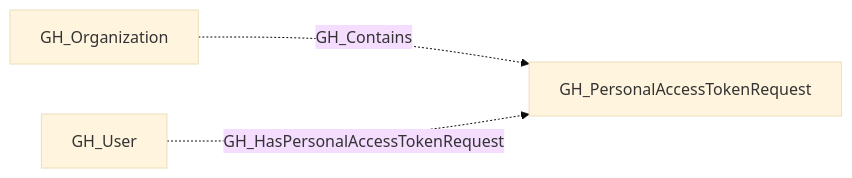
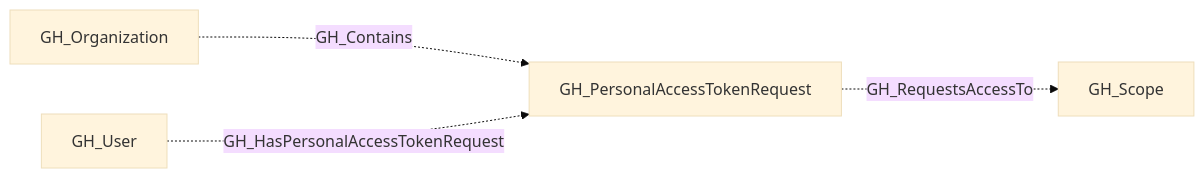
One commit to SpecterOps/openhound-github changed the diagram in descriptions/nodes/GH_PersonalAccessTokenRequest.md. Above: the diagram before and after it, drawn with Mermaid (base theme). The commit also changed other lines of this file and 44 other files, not shown here.

````diff
--- a/descriptions/nodes/GH_PersonalAccessTokenRequest.md
+++ b/descriptions/nodes/GH_PersonalAccessTokenRequest.md
@@ -31,8 +31,10 @@
 ```mermaid
 graph LR
     n0["GH_Organization"]
     n1["GH_PersonalAccessTokenRequest"]
-    n2["GH_User"]
+    n2["GH_Scope"]
+    n3["GH_User"]
     n0 -.->|GH_Contains| n1
-    n2 -.->|GH_HasPersonalAccessTokenRequest| n1
+    n1 -.->|GH_RequestsAccessTo| n2
+    n3 -.->|GH_HasPersonalAccessTokenRequest| n1
 ```
````
